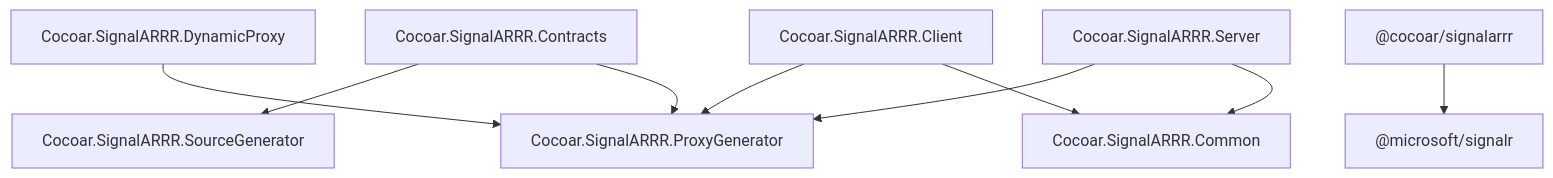
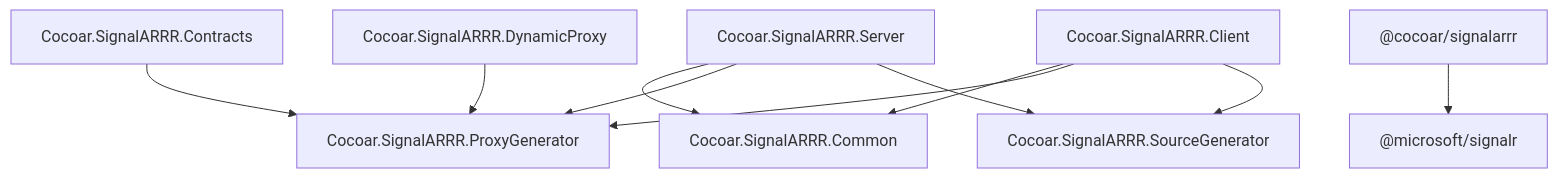
Before and after one commit to cocoar-dev/Cocoar.SignalARRR: the diagram in skills/signalarrr/references/reference/packages.md, drawn with Mermaid. The commit also changed other lines of this file and 13 other files, not shown here.

````diff
--- a/skills/signalarrr/references/reference/packages.md
+++ b/skills/signalarrr/references/reference/packages.md
@@ -217,21 +217,22 @@
 ```mermaid
 graph TD
     Contracts["Cocoar.SignalARRR.Contracts"]
     Server["Cocoar.SignalARRR.Server"]
     Client["Cocoar.SignalARRR.Client"]
     Common["Cocoar.SignalARRR.Common"]
     ProxyGen["Cocoar.SignalARRR.ProxyGenerator"]
     SourceGen["Cocoar.SignalARRR.SourceGenerator"]
     DynProxy["Cocoar.SignalARRR.DynamicProxy"]
     npm["@cocoar/signalarrr"]
     signalr["@microsoft/signalr"]
 
     Contracts --> ProxyGen
-    Contracts --> SourceGen
     Server --> Common
     Client --> Common
     Client --> ProxyGen
     Server --> ProxyGen
+    Server --> SourceGen
+    Client --> SourceGen
     DynProxy --> ProxyGen
     npm --> signalr
 ```
````
